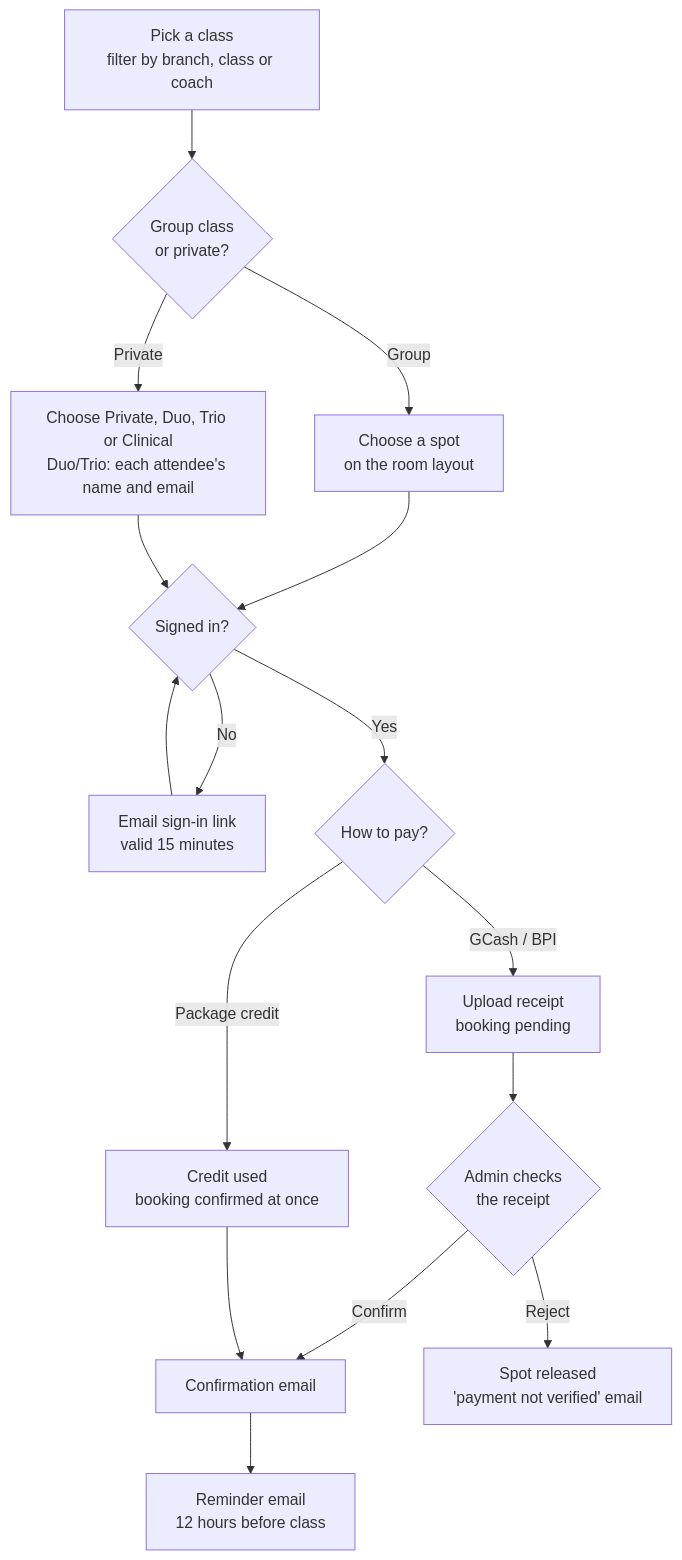
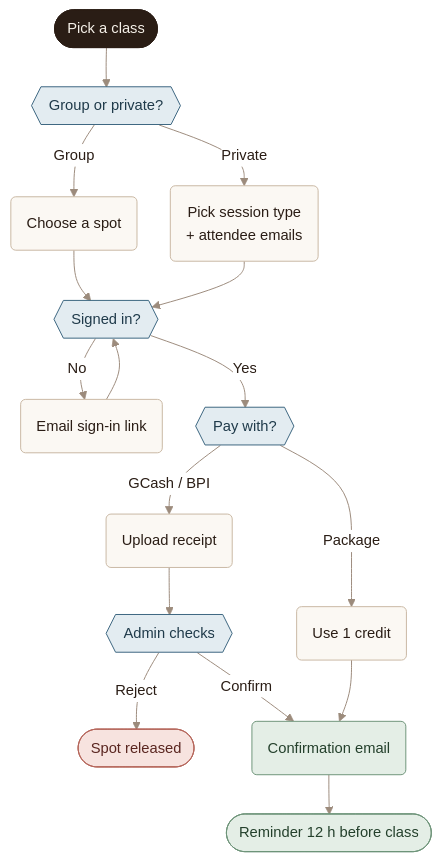
The second of 2 diagrams in docs/07-architecture.md (ciellamher/revive-pilates-studio), drawn with Mermaid before and after one commit. The commit also changed other lines of this file, not shown here.

Commit message:
docs: cleaner, brand-coloured flowcharts

````diff
--- a/docs/07-architecture.md
+++ b/docs/07-architecture.md
@@ -49,17 +48,29 @@
 ```mermaid
+%%{init: {"theme": "base", "themeVariables": {"fontFamily": "-apple-system, Segoe UI, Helvetica, Arial, sans-serif", "fontSize": "15px", "primaryColor": "#FBF8F3", "primaryBorderColor": "#E4D9CA", "primaryTextColor": "#2A1D15", "lineColor": "#9C8B7C", "edgeLabelBackground": "#FFFFFF"}, "flowchart": {"curve": "basis", "nodeSpacing": 34, "rankSpacing": 40, "padding": 16}}}%%
 flowchart TD
-    A["Pick a class<br/>filter by branch, class or coach"] --> B{"Group class<br/>or private?"}
-    B -- "Group" --> C["Choose a spot<br/>on the room layout"]
-    B -- "Private" --> P["Choose Private, Duo, Trio or Clinical<br/>Duo/Trio: each attendee's name and email"]
-    C --> S{"Signed in?"}
+    A(["Pick a class"]) --> B{{"Group or private?"}}
+    B -->|Group| C("Choose a spot")
+    B -->|Private| P("Pick session type<br/>+ attendee emails")
+    C --> S{{"Signed in?"}}
     P --> S
-    S -- "No" --> L["Email sign-in link<br/>valid 15 minutes"] --> S
-    S -- "Yes" --> Y{"How to pay?"}
-    Y -- "Package credit" --> K["Credit used<br/>booking confirmed at once"]
-    Y -- "GCash / BPI" --> U["Upload receipt<br/>booking pending"]
-    U --> V{"Admin checks<br/>the receipt"}
-    V -- "Confirm" --> E["Confirmation email"]
-    V -- "Reject" --> X["Spot released<br/>'payment not verified' email"]
+    S -->|No| L("Email sign-in link") --> S
+    S -->|Yes| Y{{"Pay with?"}}
+    Y -->|Package| K("Use 1 credit")
+    Y -->|GCash / BPI| U("Upload receipt")
+    U --> V{{"Admin checks"}}
+    V -->|Reject| X(["Spot released"])
+    V -->|Confirm| E("Confirmation email")
     K --> E
-    E --> R["Reminder email<br/>12 hours before class"]
+    E --> R(["Reminder 12 h before class"])
+
+    classDef step fill:#FBF8F3,stroke:#C9B8A3,color:#2A1D15
+    classDef choice fill:#E3ECF1,stroke:#3B657F,color:#1F3A4A
+    classDef start fill:#2A1D15,stroke:#2A1D15,color:#F5F0E8
+    classDef good fill:#E4EEE6,stroke:#6E9479,color:#24402C
+    classDef bad fill:#F7E3DF,stroke:#B5655A,color:#5A2620
+    class C,P,L,K,U step
+    class B,S,Y,V choice
+    class A start
+    class E,R good
+    class X bad
 ```
````
